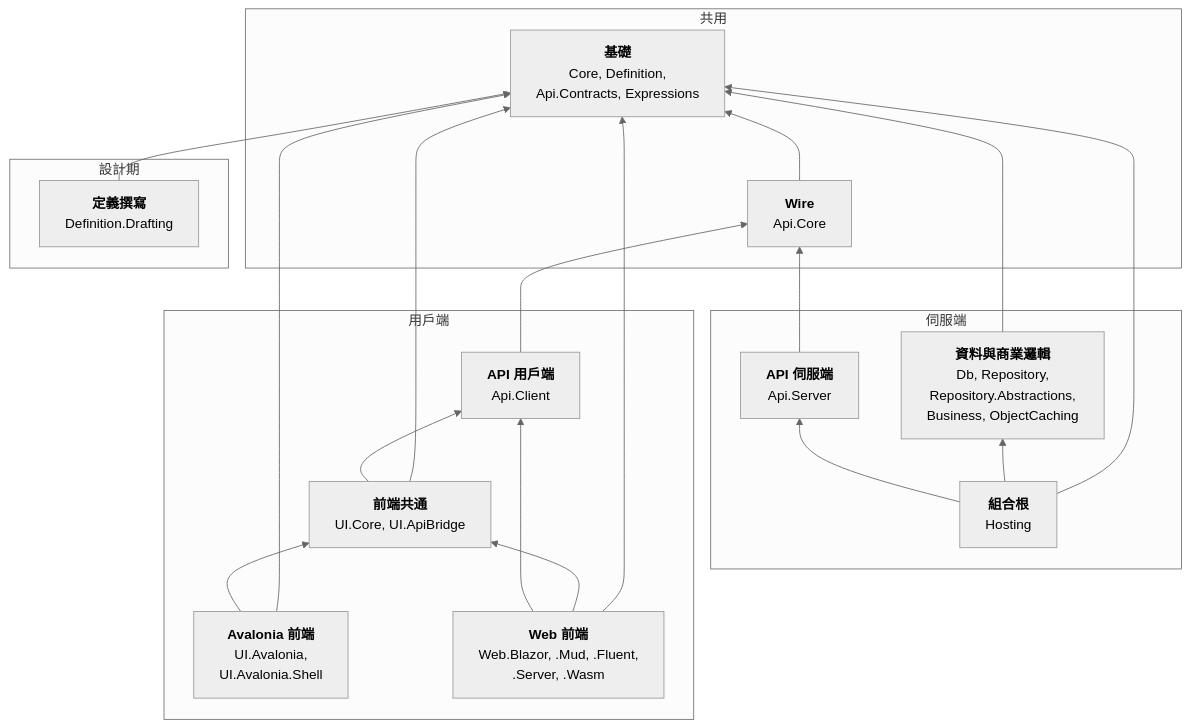
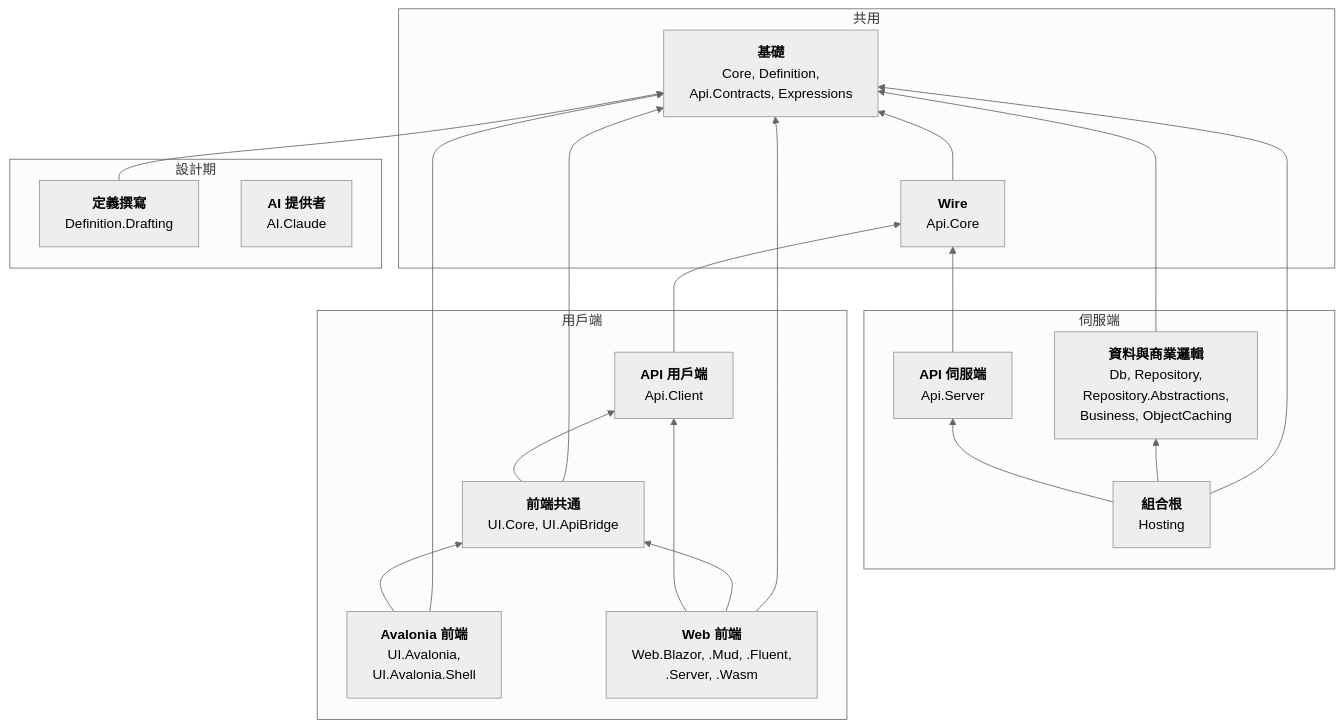
One commit to polhem-dev/polhem changed the first of 12 diagrams in docs/zh-TW/architecture/dependency-map.md. Above: the diagram before and after it, drawn with Mermaid (neutral theme). The commit also changed other lines of this file and 22 other files, not shown here.

````diff
--- a/docs/zh-TW/architecture/dependency-map.md
+++ b/docs/zh-TW/architecture/dependency-map.md
@@ -18,37 +18,38 @@
 ```mermaid
 graph BT
   subgraph SharedSide ["共用"]
     Foundation["<b>基礎</b><br/>Core, Definition,<br/>Api.Contracts, Expressions"]
     Wire["<b>Wire</b><br/>Api.Core"]
   end
   subgraph ServerSide ["伺服端"]
     Backend["<b>資料與商業邏輯</b><br/>Db, Repository,<br/>Repository.Abstractions,<br/>Business, ObjectCaching"]
     ApiServer["<b>API 伺服端</b><br/>Api.Server"]
     Composition["<b>組合根</b><br/>Hosting"]
   end
   subgraph ClientSide ["用戶端"]
     ApiClient["<b>API 用戶端</b><br/>Api.Client"]
     FrontShared["<b>前端共通</b><br/>UI.Core, UI.ApiBridge"]
     Avalonia["<b>Avalonia 前端</b><br/>UI.Avalonia,<br/>UI.Avalonia.Shell"]
     Web["<b>Web 前端</b><br/>Web.Blazor, .Mud, .Fluent,<br/>.Server, .Wasm"]
   end
   subgraph DesignSide ["設計期"]
     Authoring["<b>定義撰寫</b><br/>Definition.Drafting"]
+    AiProviders["<b>AI 提供者</b><br/>AI.Claude"]
   end
 
   Wire --> Foundation
   Backend --> Foundation
   ApiServer --> Wire
   Composition --> Foundation
   Composition --> Backend
   Composition --> ApiServer
   ApiClient --> Wire
   FrontShared --> Foundation
   FrontShared --> ApiClient
   Avalonia --> Foundation
   Avalonia --> FrontShared
   Web --> Foundation
   Web --> FrontShared
   Web --> ApiClient
   Authoring --> Foundation
 ```
````
